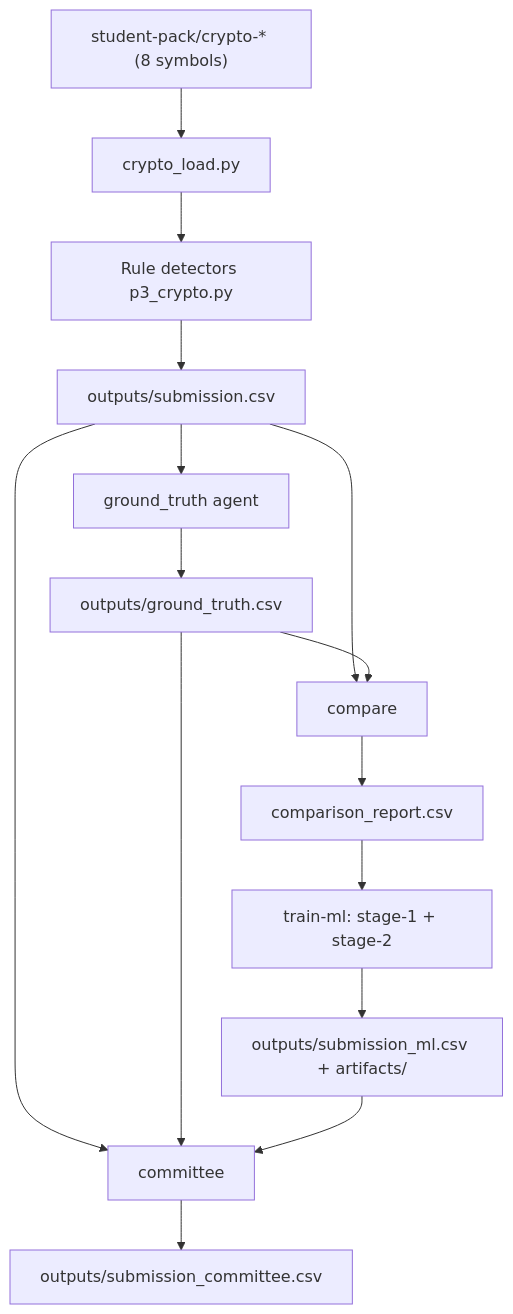
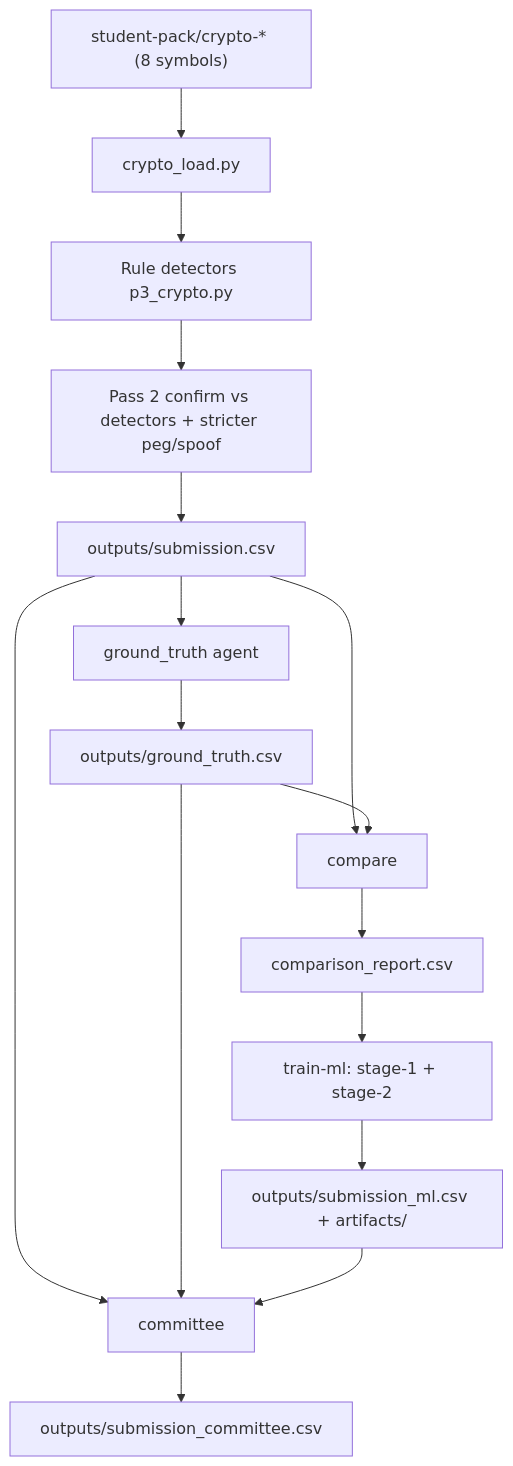
The third of 3 diagrams in README.md (Tirth-1999/trade-surveillance-platform), drawn with Mermaid before and after one commit. The commit also changed other lines of this file and 34 other files, not shown here.

````diff
--- a/README.md
+++ b/README.md
@@ -69,22 +69,23 @@
 ```mermaid
 flowchart TD
   DATA["student-pack/crypto-* (8 symbols)"]
   LOAD[crypto_load.py]
   DATA --> LOAD
   LOAD --> R["Rule detectors p3_crypto.py"]
-  R --> SUB[outputs/submission.csv]
+  R --> P2["Pass 2 confirm vs detectors + stricter peg/spoof"]
+  P2 --> SUB[outputs/submission.csv]
 
   SUB --> GT[ground_truth agent]
   GT --> GTC[outputs/ground_truth.csv]
   SUB --> CMP[compare]
   GTC --> CMP
   CMP --> CR[comparison_report.csv]
 
   CR --> ML[train-ml: stage-1 + stage-2]
   ML --> MLS[outputs/submission_ml.csv + artifacts/]
 
   SUB --> COM[committee]
   GTC --> COM
   MLS --> COM
   COM --> FIN[outputs/submission_committee.csv]
 ```
````
